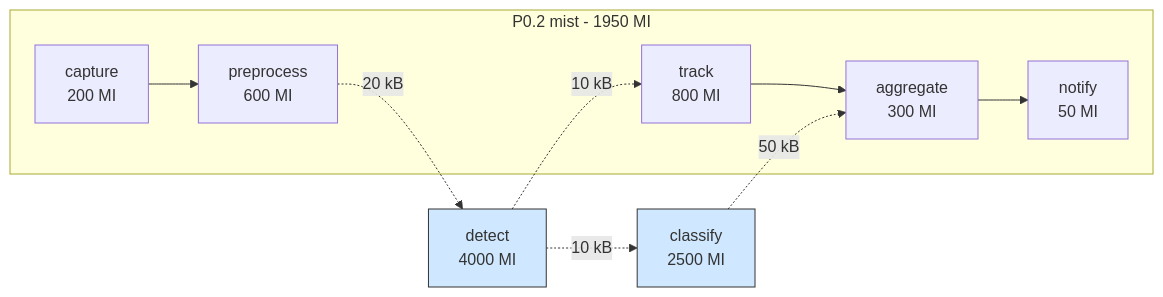
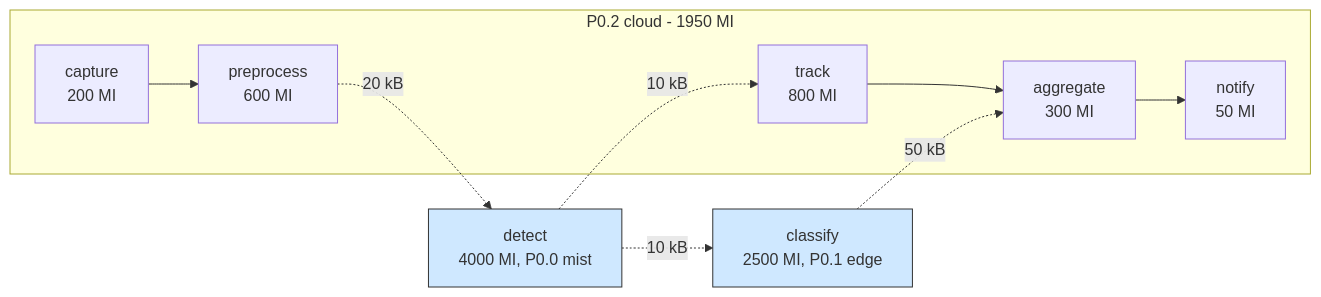
The diagram in examples/graph_partitioning/README.md (CharafeddineMechalikh/PureEdgeSim_Python), drawn with Mermaid before and after one commit. The commit also changed other lines of this file and 38 other files, not shown here.

Commit message:
Document every example with its intention, diagram and measured result, and ship the docs site

````diff
--- a/examples/graph_partitioning/README.md
+++ b/examples/graph_partitioning/README.md
@@ -41,16 +41,16 @@
 ```mermaid
 flowchart LR
-    subgraph P2["P0.2 mist - 1950 MI"]
+    subgraph P2["P0.2 cloud - 1950 MI"]
         capture["capture<br/>200 MI"] --> preprocess["preprocess<br/>600 MI"]
         track["track<br/>800 MI"] --> aggregate["aggregate<br/>300 MI"]
         aggregate --> notify["notify<br/>50 MI"]
     end
-    detect["detect<br/>4000 MI"]
-    classify["classify<br/>2500 MI"]
+    detect["detect<br/>4000 MI, P0.0 mist"]
+    classify["classify<br/>2500 MI, P0.1 edge"]
     preprocess -.->|20 kB| detect
     detect -.->|10 kB| classify
     detect -.->|10 kB| track
     classify -.->|50 kB| aggregate
     classDef pulled fill:#cfe8ff,stroke:#333;
     class detect,classify pulled;
 ```
````
